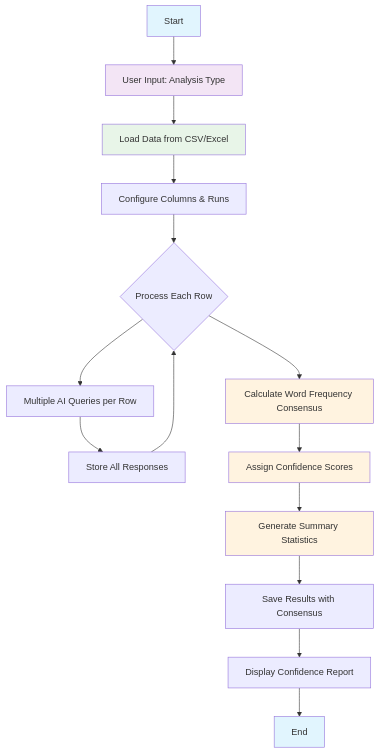
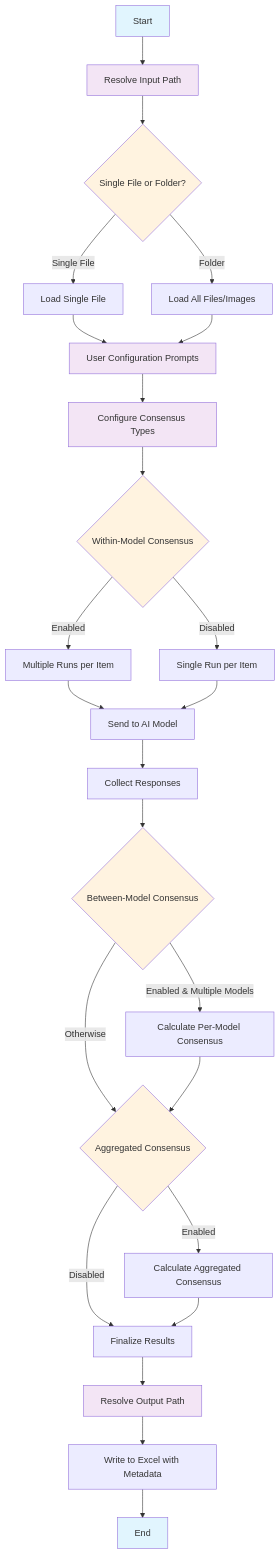
Before and after one commit to henrylevesque/AI_Assisted_Analysis_Tool: the diagram in documentation.md, drawn with Mermaid. The commit also changed other lines of this file, not shown here.

````diff
--- a/documentation.md
+++ b/documentation.md
@@ -189,24 +157,37 @@
 ```mermaid
 graph TD
-    A[Start] --> B[User Input: Analysis Type]
-    B --> C[Load Data from CSV/Excel]
-    C --> D[Configure Columns & Runs]
-    D --> E{Process Each Row}
-    E --> F[Multiple AI Queries per Row]
-    F --> G[Store All Responses]
-    G --> E
-    E --> H[Calculate Word Frequency Consensus]
-    H --> I[Assign Confidence Scores]
-    I --> J[Generate Summary Statistics]
-    J --> K[Save Results with Consensus]
-    K --> L[Display Confidence Report]
-    L --> M[End]
+    A[Start] --> B[Resolve Input Path]
+    B --> C{Single File or Folder?}
+    C -->|Single File| D[Load Single File]
+    C -->|Folder| E[Load All Files/Images]
+    D --> F[User Configuration Prompts]
+    E --> F
+    F --> G[Configure Consensus Types]
+    G --> H{Within-Model Consensus}
+    H -->|Enabled| I[Multiple Runs per Item]
+    H -->|Disabled| J[Single Run per Item]
+    I --> K[Send to AI Model]
+    J --> K
+    K --> L[Collect Responses]
+    L --> M{Between-Model Consensus}
+    M -->|Enabled & Multiple Models| N[Calculate Per-Model Consensus]
+    M -->|Otherwise| O{Aggregated Consensus}
+    N --> O
+    O -->|Enabled| P[Calculate Aggregated Consensus]
+    O -->|Disabled| Q[Finalize Results]
+    P --> Q
+    Q --> R[Resolve Output Path]
+    R --> S[Write to Excel with Metadata]
+    S --> T[End]
 
     style A fill:#e1f5fe
     style B fill:#f3e5f5
-    style C fill:#e8f5e8
+    style C fill:#fff3e0
+    style F fill:#f3e5f5
+    style G fill:#f3e5f5
     style H fill:#fff3e0
-    style I fill:#fff3e0
-    style J fill:#fff3e0
-    style M fill:#e1f5fe
+    style M fill:#fff3e0
+    style O fill:#fff3e0
+    style R fill:#f3e5f5
+    style T fill:#e1f5fe
 ```
````
